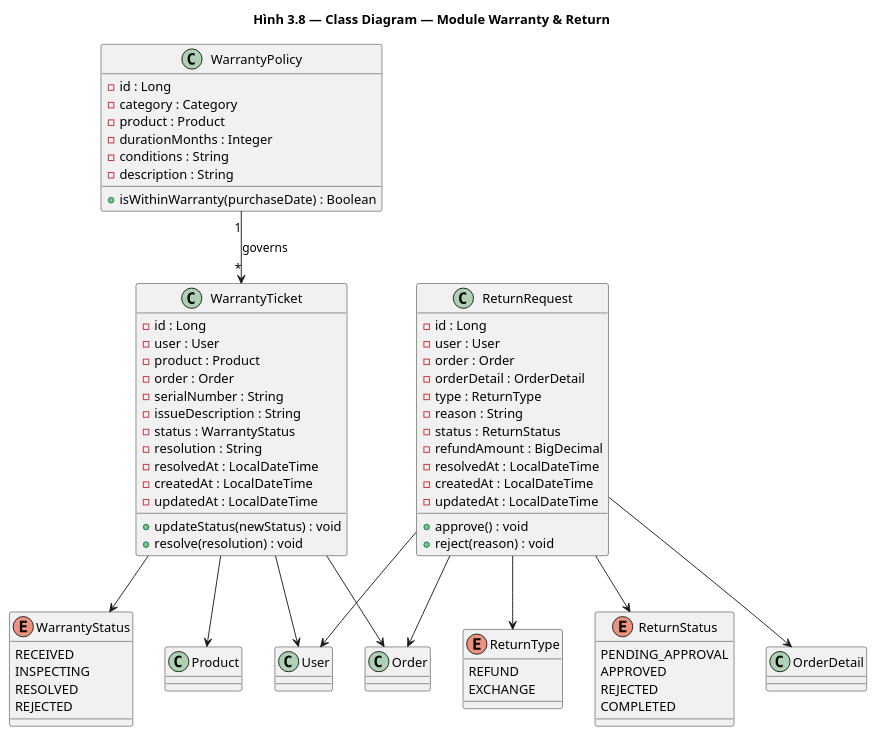
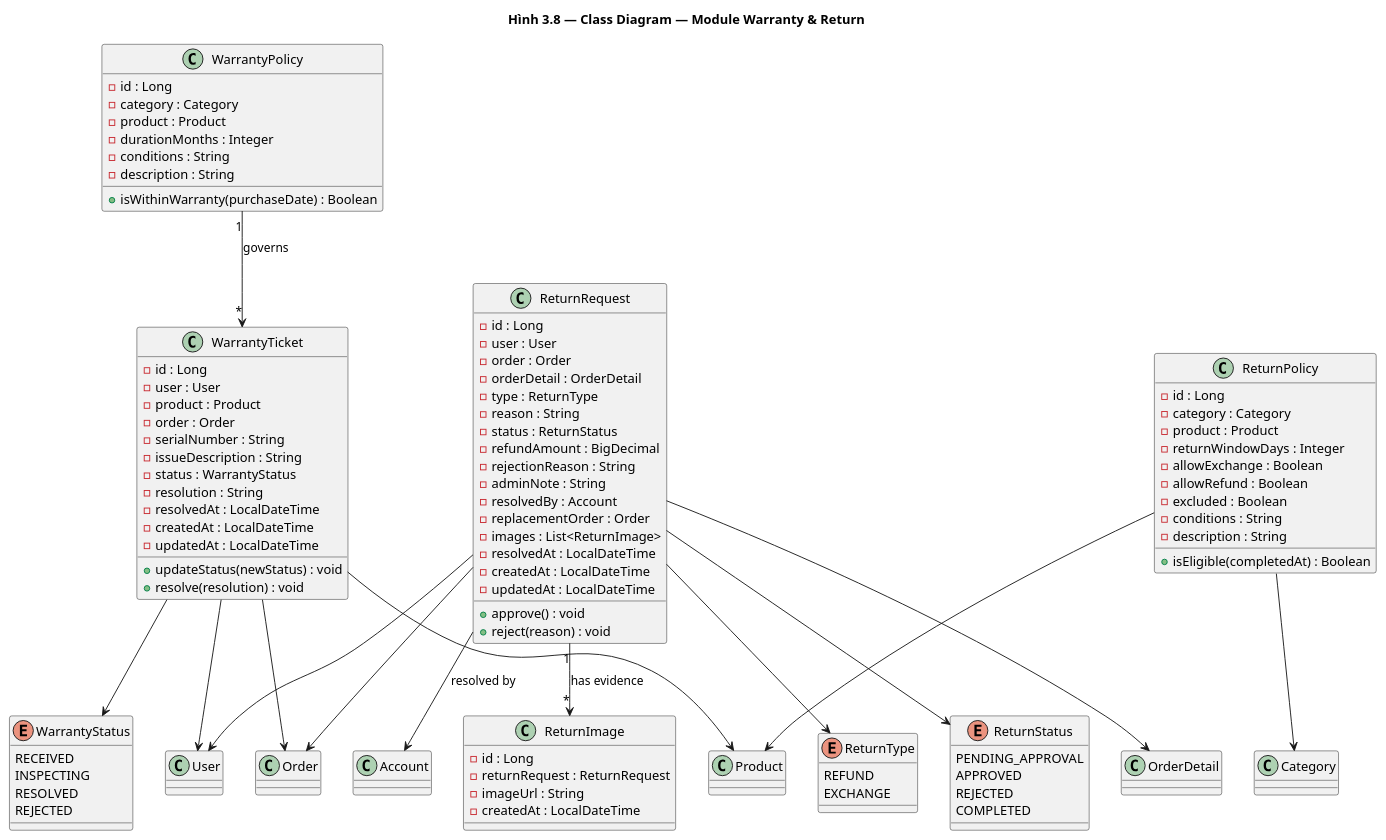
The tenth of 12 diagrams in docs/design.md (huuhieu56/PC-Parts-ECommerce), drawn with PlantUML before and after one commit. The commit also changed other lines of this file and 13 other files, not shown here.

First line of the commit message:
feat: Enhance return request and policy management

````diff
--- a/docs/design.md
+++ b/docs/design.md
@@ -952,11 +952,36 @@
     - reason : String
     - status : ReturnStatus
     - refundAmount : BigDecimal
+    - rejectionReason : String
+    - adminNote : String
+    - resolvedBy : Account
+    - replacementOrder : Order
+    - images : List<ReturnImage>
     - resolvedAt : LocalDateTime
     - createdAt : LocalDateTime
     - updatedAt : LocalDateTime
     + approve() : void
     + reject(reason) : void
+}
+
+class ReturnPolicy {
+    - id : Long
+    - category : Category
+    - product : Product
+    - returnWindowDays : Integer
+    - allowExchange : Boolean
+    - allowRefund : Boolean
+    - excluded : Boolean
+    - conditions : String
+    - description : String
+    + isEligible(completedAt) : Boolean
+}
+
+class ReturnImage {
+    - id : Long
+    - returnRequest : ReturnRequest
+    - imageUrl : String
+    - createdAt : LocalDateTime
 }
 
 enum WarrantyStatus {
@@ -989,5 +1014,9 @@
 ReturnRequest --> User
 ReturnRequest --> Order
 ReturnRequest --> OrderDetail
+ReturnRequest --> Account : resolved by
+ReturnRequest "1" --> "*" ReturnImage : has evidence
+ReturnPolicy --> Category
+ReturnPolicy --> Product
 @enduml
 ```
````
